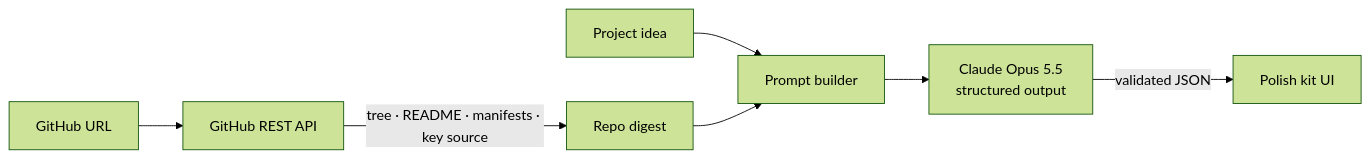
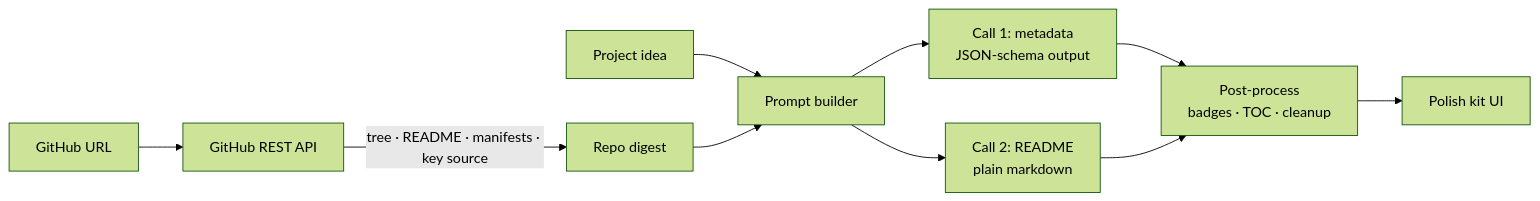
The diagram in README.md (nevil-codes/repoglow), drawn with Mermaid (forest theme) before and after one commit. The commit also changed other lines of this file and 12 other files, not shown here.

````diff
--- a/README.md
+++ b/README.md
@@ -54,9 +55,12 @@
 ```mermaid
 flowchart LR
     A[GitHub URL] --> B[GitHub REST API]
     B -->|tree · README · manifests · key source| C[Repo digest]
     D[Project idea] --> E
     C --> E[Prompt builder]
-    E --> F[Claude Opus 5.5<br/>structured output]
-    F -->|validated JSON| G[Polish kit UI]
+    E --> F[Call 1: metadata<br/>JSON-schema output]
+    E --> H[Call 2: README<br/>plain markdown]
+    F --> I[Post-process<br/>badges · TOC · cleanup]
+    H --> I
+    I --> G[Polish kit UI]
 ```
````
